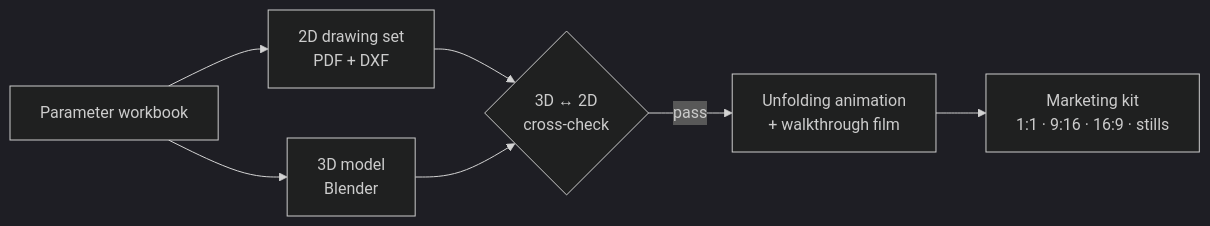
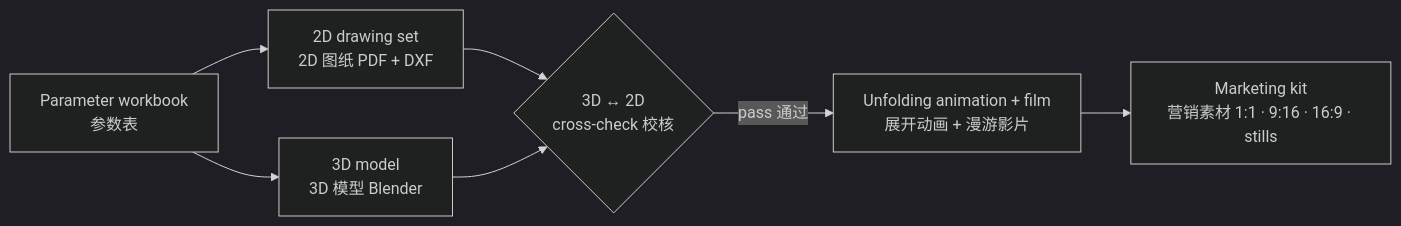
The diagram in README.md (AidanAfterDark324/ATLAS-4.0-showcase), drawn with Mermaid (dark theme) before and after one commit. The commit also changed other lines of this file, not shown here.

````diff
--- a/README.md
+++ b/README.md
@@ -27,9 +33,9 @@
 ```mermaid
 flowchart LR
-    A[Parameter workbook] --> B[2D drawing set<br/>PDF + DXF]
-    A --> C[3D model<br/>Blender]
-    B --> D{3D ↔ 2D<br/>cross-check}
+    A[Parameter workbook<br/>参数表] --> B[2D drawing set<br/>2D 图纸 PDF + DXF]
+    A --> C[3D model<br/>3D 模型 Blender]
+    B --> D{3D ↔ 2D<br/>cross-check 校核}
     C --> D
-    D -->|pass| E[Unfolding animation<br/>+ walkthrough film]
-    E --> F[Marketing kit<br/>1:1 · 9:16 · 16:9 · stills]
+    D -->|pass 通过| E[Unfolding animation + film<br/>展开动画 + 漫游影片]
+    E --> F[Marketing kit<br/>营销素材 1:1 · 9:16 · 16:9 · stills]
 ```
````
